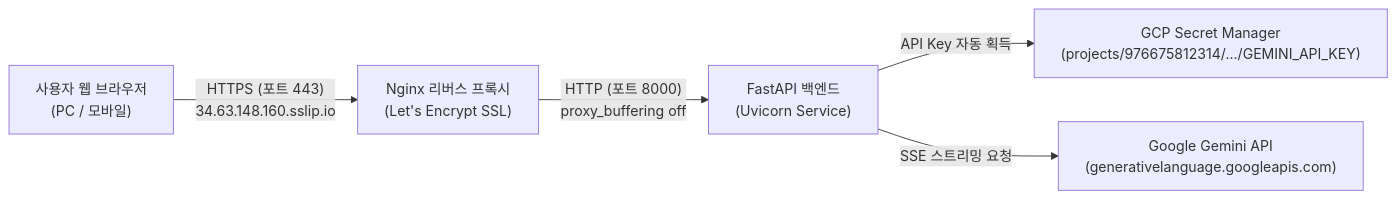
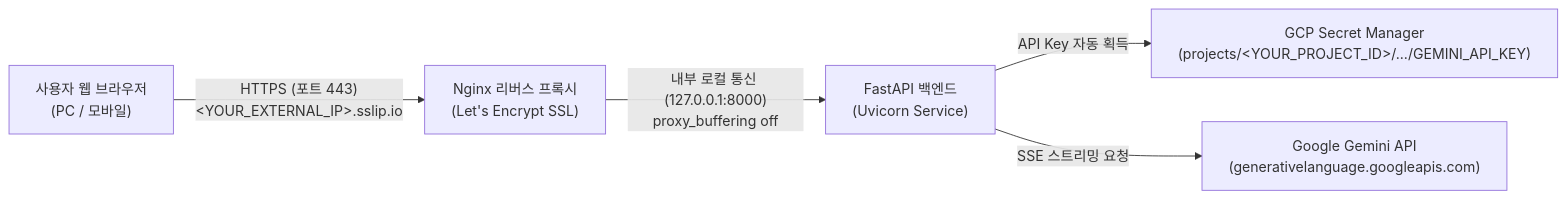
The first of 2 diagrams in README.md (yungoonkim/gcp-compute-engine-chatbot), drawn with Mermaid before and after one commit. The commit also changed other lines of this file, not shown here.

````diff
--- a/README.md
+++ b/README.md
@@ -37,7 +37,7 @@
 ```mermaid
 flowchart LR
-    User["사용자 웹 브라우저<br/>(PC / 모바일)"] -->|"HTTPS (포트 443)<br/>34.63.148.160.sslip.io"| Nginx["Nginx 리버스 프록시<br/>(Let's Encrypt SSL)"]
-    Nginx -->|"HTTP (포트 8000)<br/>proxy_buffering off"| FastAPI["FastAPI 백엔드<br/>(Uvicorn Service)"]
-    FastAPI -->|"API Key 자동 획득"| SecretMgr["GCP Secret Manager<br/>(projects/976675812314/.../GEMINI_API_KEY)"]
+    User["사용자 웹 브라우저<br/>(PC / 모바일)"] -->|"HTTPS (포트 443)<br/>&lt;YOUR_EXTERNAL_IP&gt;.sslip.io"| Nginx["Nginx 리버스 프록시<br/>(Let's Encrypt SSL)"]
+    Nginx -->|"내부 로컬 통신 (127.0.0.1:8000)<br/>proxy_buffering off"| FastAPI["FastAPI 백엔드<br/>(Uvicorn Service)"]
+    FastAPI -->|"API Key 자동 획득"| SecretMgr["GCP Secret Manager<br/>(projects/&lt;YOUR_PROJECT_ID&gt;/.../GEMINI_API_KEY)"]
     FastAPI -->|"SSE 스트리밍 요청"| GeminiAPI["Google Gemini API<br/>(generativelanguage.googleapis.com)"]
 ```
````
